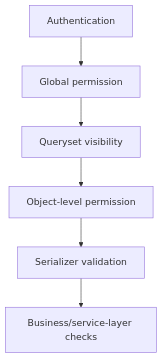
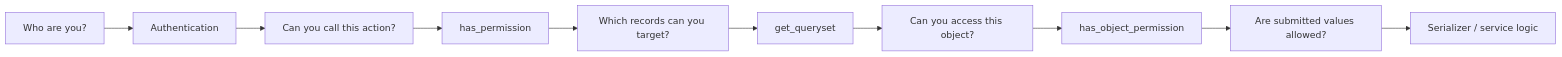
One commit to AvadhBhalodiya/Interview-Preparation changed the fifth of 5 diagrams in src/content/drf/permissions.md. Above: the diagram before and after it, drawn with Mermaid. The commit also changed other lines of this file and 80 other files, not shown here.

````diff
--- a/src/content/drf/permissions.md
+++ b/src/content/drf/permissions.md
@@ -1183,8 +552,12 @@
 ```mermaid
-flowchart TD
-    A[Authentication] --> B[Global permission]
-    B --> C[Queryset visibility]
-    C --> D[Object-level permission]
-    D --> E[Serializer validation]
-    E --> F["Business/service-layer checks"]
+flowchart LR
+    A[Who are you?] --> B[Authentication]
+    B --> C[Can you call this action?]
+    C --> D[has_permission]
+    D --> E[Which records can you target?]
+    E --> F[get_queryset]
+    F --> G[Can you access this object?]
+    G --> H[has_object_permission]
+    H --> I[Are submitted values allowed?]
+    I --> J[Serializer / service logic]
 ```
````
